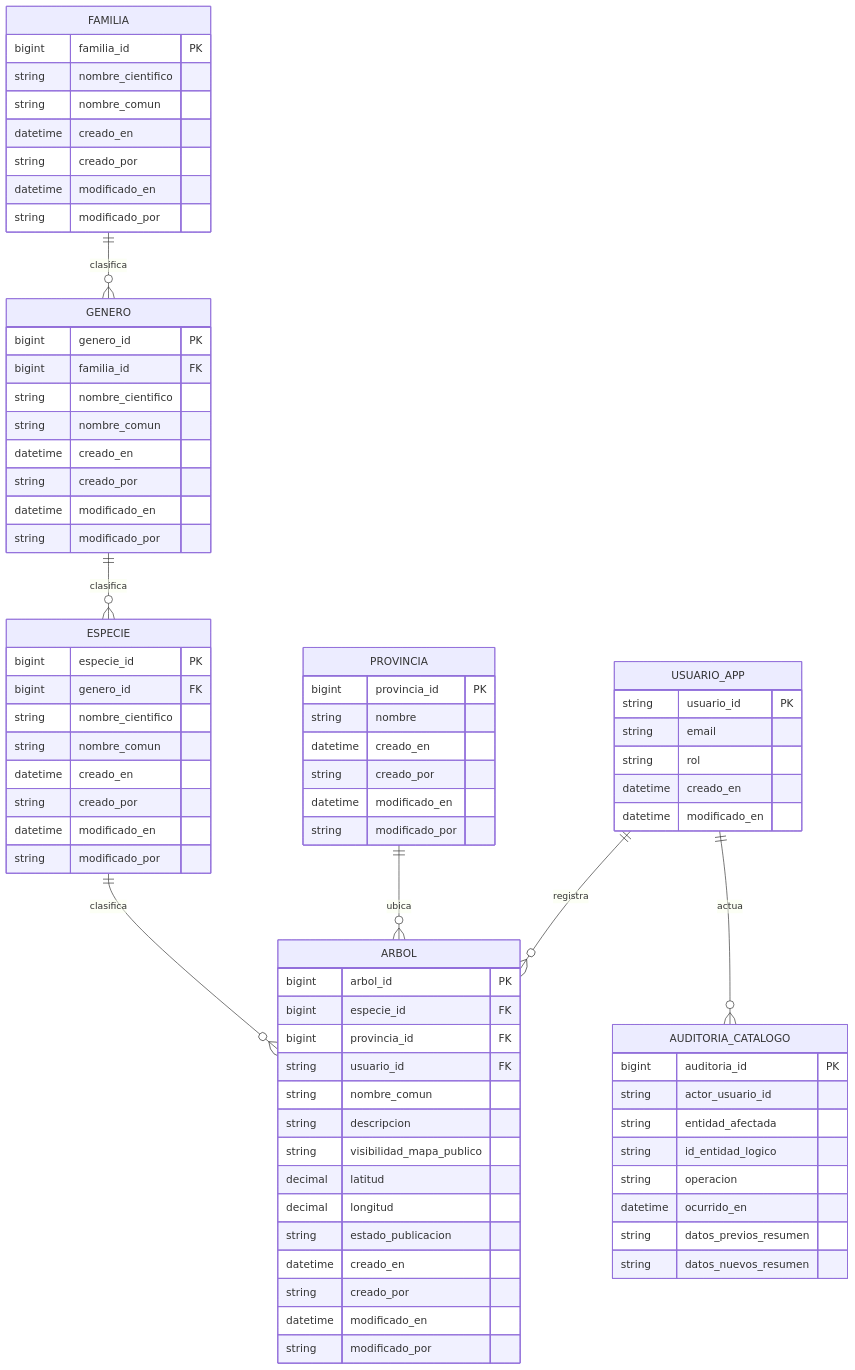
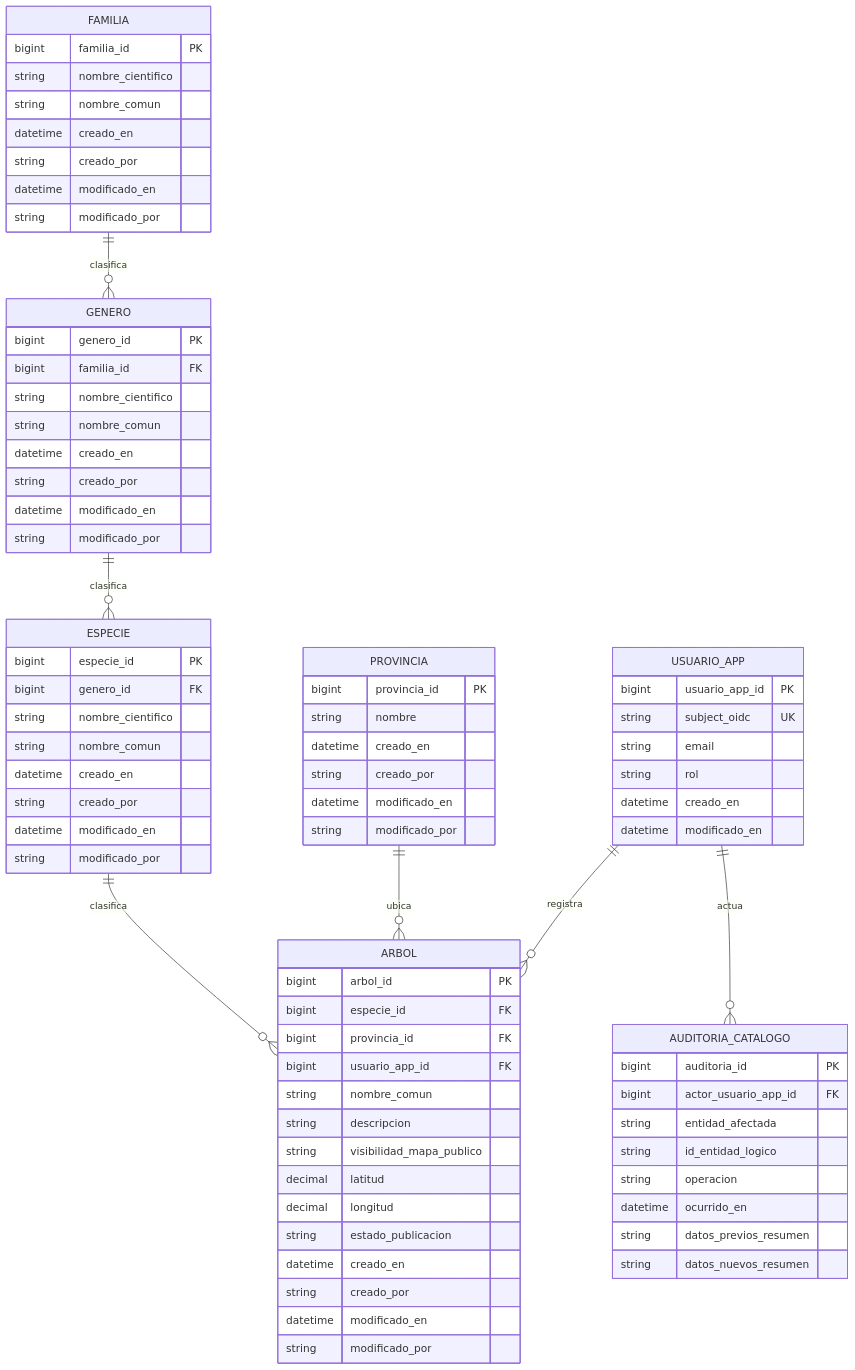
One commit to LIDR-academy/AI4Devs-finalproject changed the ninth of 13 diagrams in readme.md. Above: the diagram before and after it, drawn with Mermaid. The commit also changed other lines of this file and 32 other files, not shown here.

````diff
--- a/readme.md
+++ b/readme.md
@@ -390,7 +406,8 @@
 ```mermaid
 erDiagram
     USUARIO_APP {
-        string usuario_id PK
+        bigint usuario_app_id PK
+        string subject_oidc UK
         string email
         string rol
         datetime creado_en
@@ -442,7 +459,7 @@
         bigint arbol_id PK
         bigint especie_id FK
         bigint provincia_id FK
-        string usuario_id FK
+        bigint usuario_app_id FK
         string nombre_comun
         string descripcion
         string visibilidad_mapa_publico
@@ -457,7 +474,7 @@
 
     AUDITORIA_CATALOGO {
         bigint auditoria_id PK
-        string actor_usuario_id
+        bigint actor_usuario_app_id FK
         string entidad_afectada
         string id_entidad_logico
         string operacion
````
